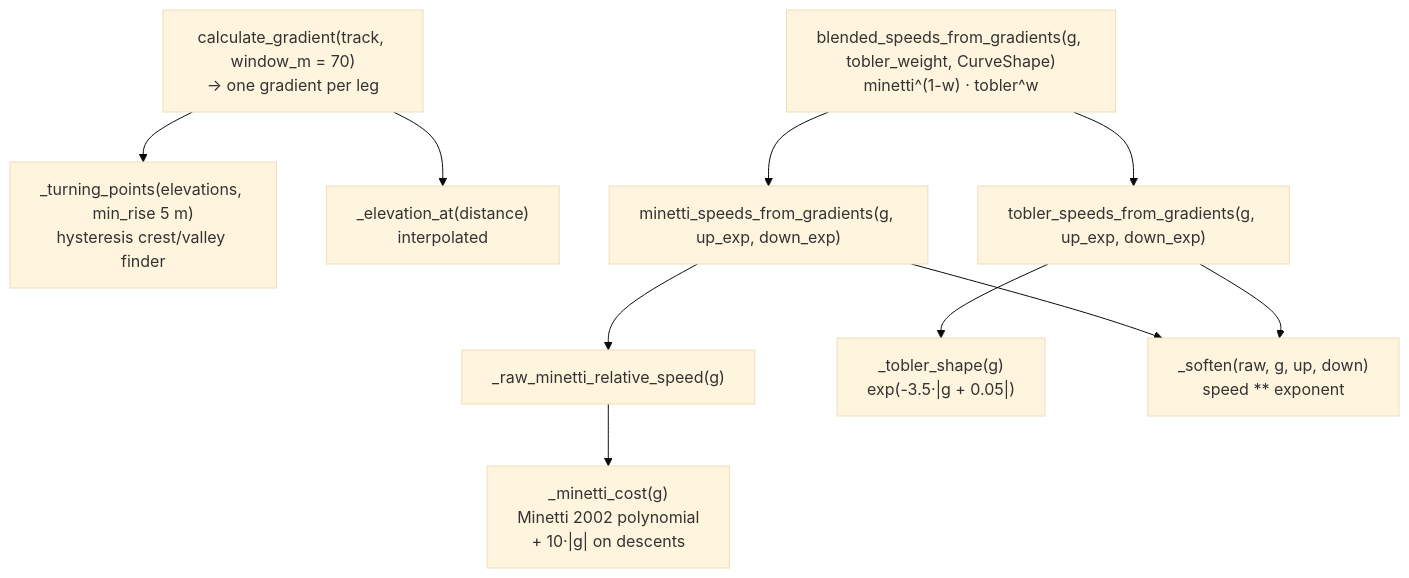
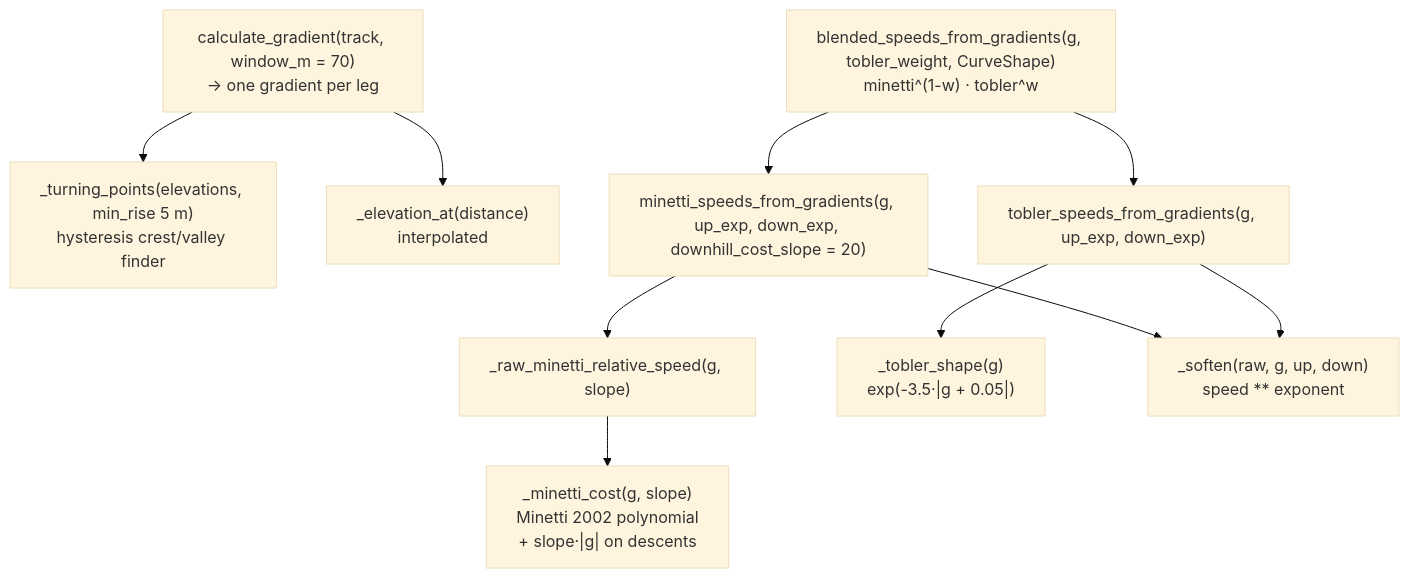
The sixth of 14 diagrams in docs/ARCHITECTURE.md (martin-iflap/GPX_to_FIT), drawn with Mermaid (base theme) before and after one commit. The commit also changed other lines of this file and 5 other files, not shown here.

Commit message:
reference swings and minetti_downhill_cost_slope tuned (additional cost per unit of slope)

````diff
--- a/docs/ARCHITECTURE.md
+++ b/docs/ARCHITECTURE.md
@@ -325,19 +325,19 @@
 ```mermaid
 flowchart TD
   cg["calculate_gradient(track, window_m = 70)<br/>→ one gradient per leg"]
   tp["_turning_points(elevations, min_rise 5 m)<br/>hysteresis crest/valley finder"]
   ea["_elevation_at(distance)<br/>interpolated"]
   cg --> tp
   cg --> ea
 
-  ms["minetti_speeds_from_gradients(g, up_exp, down_exp)"]
-  rm["_raw_minetti_relative_speed(g)"] --> mc["_minetti_cost(g)<br/>Minetti 2002 polynomial<br/>+ 10·|g| on descents"]
+  ms["minetti_speeds_from_gradients(g, up_exp, down_exp, downhill_cost_slope = 20)"]
+  rm["_raw_minetti_relative_speed(g, slope)"] --> mc["_minetti_cost(g, slope)<br/>Minetti 2002 polynomial<br/>+ slope·|g| on descents"]
   ms --> rm
   ts["tobler_speeds_from_gradients(g, up_exp, down_exp)"] --> tsh["_tobler_shape(g)<br/>exp(-3.5·|g + 0.05|)"]
   ms --> so["_soften(raw, g, up, down)<br/>speed ** exponent"]
   ts --> so
 
   bl["blended_speeds_from_gradients(g, tobler_weight, CurveShape)<br/>minetti^(1-w) · tobler^w"]
   bl --> ms
   bl --> ts
 ```
````
